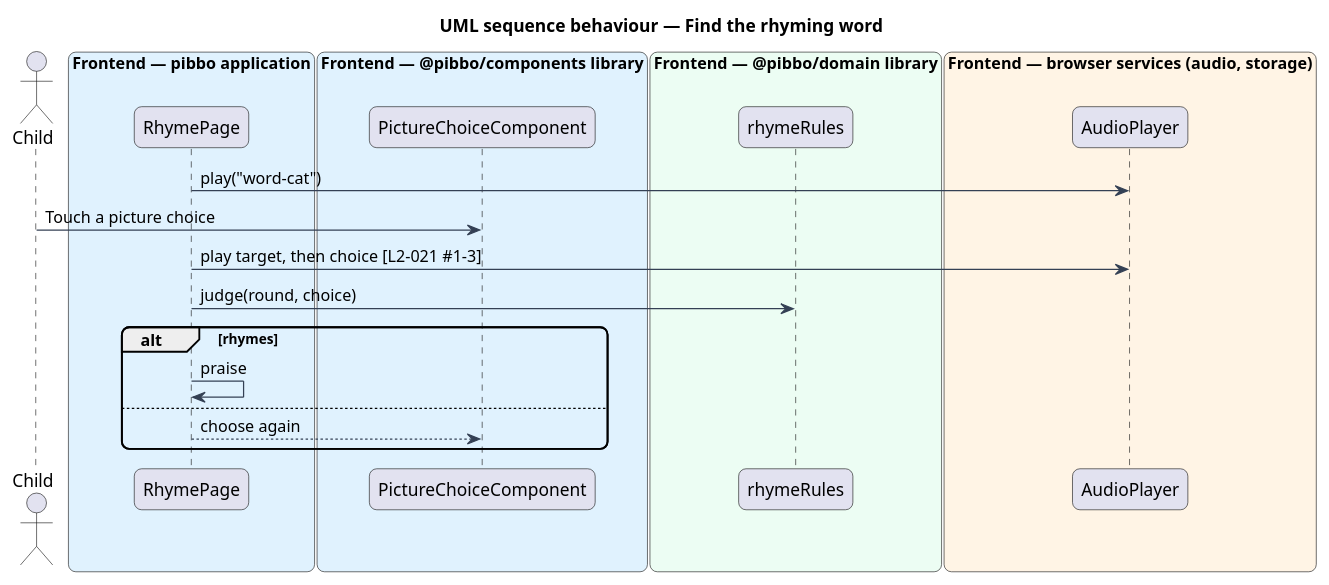
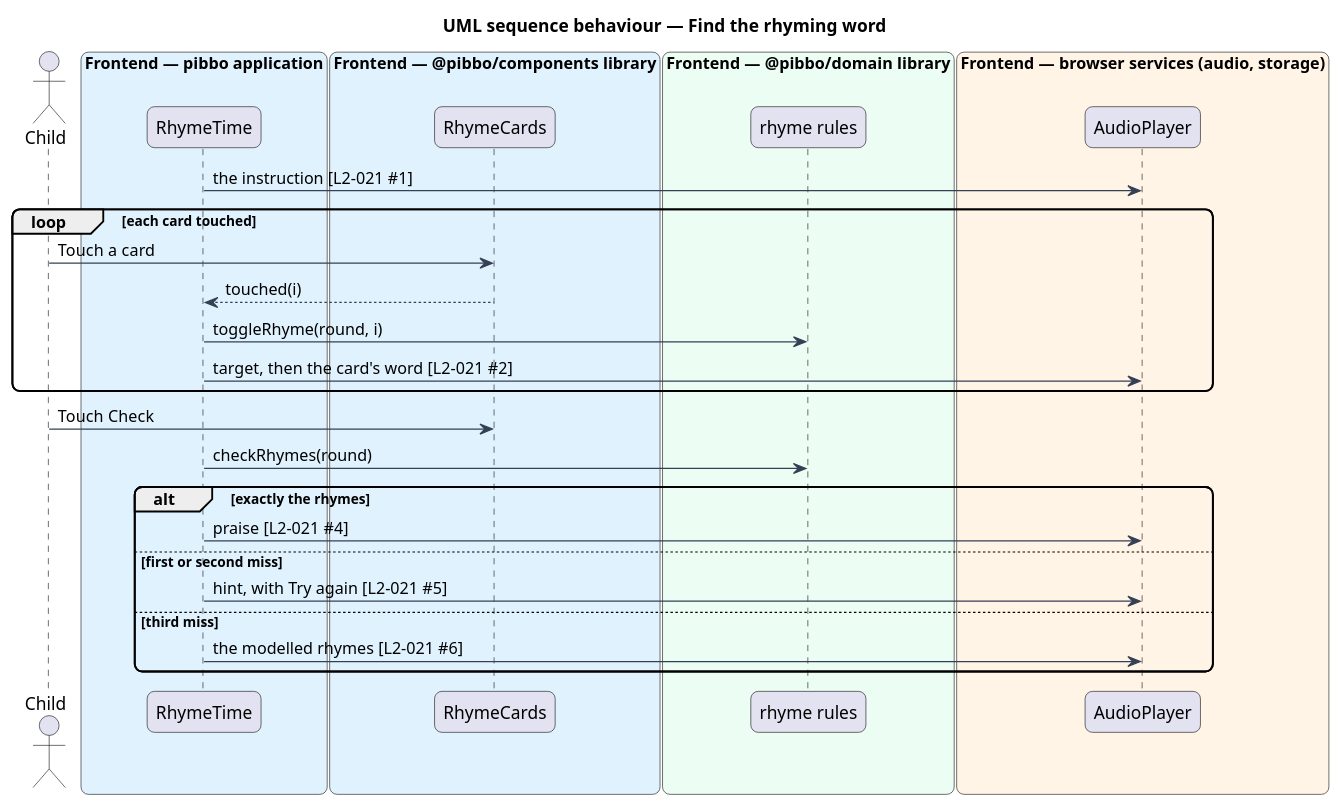
Before and after one commit to QuinntyneBrown/pibbo: the diagram in docs/detailed-designs/sound-out/hear-rhymes/diagrams/sequence-find-rhyme.puml, drawn with PlantUML. The commit also changed 19 other files, not shown here.

Commit message:
Align Rhyme time with its mock: choose every rhyme, then Check, and draw the modelled answer (L2-021, ADR 0025)

```diff
--- a/docs/detailed-designs/sound-out/hear-rhymes/diagrams/sequence-find-rhyme.puml
+++ b/docs/detailed-designs/sound-out/hear-rhymes/diagrams/sequence-find-rhyme.puml
@@ -1,30 +1,37 @@
 @startuml
 title UML sequence behaviour — Find the rhyming word
 skinparam backgroundColor #FFFFFF
 skinparam shadowing false
 skinparam roundcorner 12
 skinparam defaultFontName Arial
 skinparam ArrowColor #344054
 actor "Child" as actor
 box "Frontend — pibbo application" #E0F2FE
-  participant "RhymePage" as page
+  participant "RhymeTime" as page
 end box
 box "Frontend — @pibbo/components library" #E0F2FE
-  participant "PictureChoiceComponent" as view
+  participant "RhymeCards" as view
 end box
 box "Frontend — @pibbo/domain library" #ECFDF3
-  participant "rhymeRules" as rules
+  participant "rhyme rules" as rules
 end box
 box "Frontend — browser services (audio, storage)" #FFF4E5
   participant "AudioPlayer" as audio
 end box
-page -> audio : play("word-cat")
-actor -> view : Touch a picture choice
-page -> audio : play target, then choice [L2-021 #1-3]
-page -> rules : judge(round, choice)
-alt rhymes
-  page -> page : praise
-else
-  page --> view : choose again
+page -> audio : the instruction [L2-021 #1]
+loop each card touched
+  actor -> view : Touch a card
+  view --> page : touched(i)
+  page -> rules : toggleRhyme(round, i)
+  page -> audio : target, then the card's word [L2-021 #2]
+end
+actor -> view : Touch Check
+page -> rules : checkRhymes(round)
+alt exactly the rhymes
+  page -> audio : praise [L2-021 #4]
+else first or second miss
+  page -> audio : hint, with Try again [L2-021 #5]
+else third miss
+  page -> audio : the modelled rhymes [L2-021 #6]
 end
 @enduml
```
